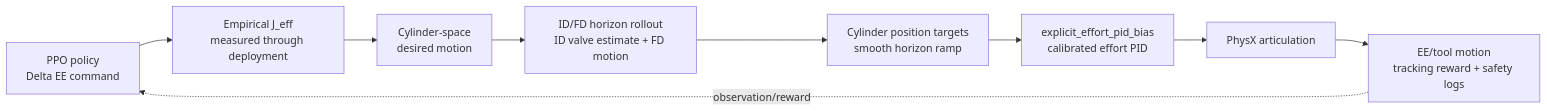
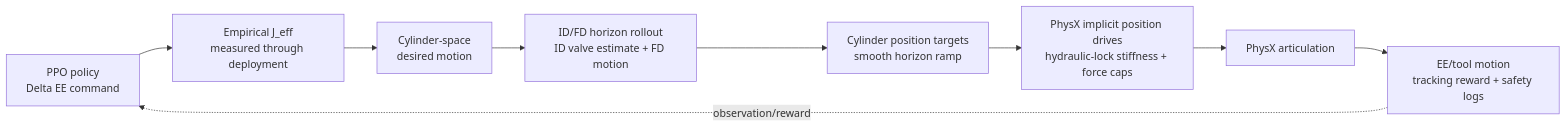
Before and after one commit to kevm98/mulag_development: the diagram in kevin_integration/new_observations_pipeline/docs/control_pipeline.mmd, drawn with Mermaid. The commit also changed 107 other files, not shown here.

```diff
--- a/kevin_integration/new_observations_pipeline/docs/control_pipeline.mmd
+++ b/kevin_integration/new_observations_pipeline/docs/control_pipeline.mmd
@@ -1,18 +1,18 @@
 flowchart LR
     PPO["PPO policy\nDelta EE command"]
     JEFF["Empirical J_eff\nmeasured through deployment"]
     DES["Cylinder-space\ndesired motion"]
     IDFD["ID/FD horizon rollout\nID valve estimate + FD motion"]
     TARGETS["Cylinder position targets\nsmooth horizon ramp"]
-    PID["explicit_effort_pid_bias\ncalibrated effort PID"]
+    DRIVE["PhysX implicit position drives\nhydraulic-lock stiffness + force caps"]
     PHYSX["PhysX articulation"]
     EE["EE/tool motion\ntracking reward + safety logs"]
 
     PPO --> JEFF
     JEFF --> DES
     DES --> IDFD
     IDFD --> TARGETS
-    TARGETS --> PID
-    PID --> PHYSX
+    TARGETS --> DRIVE
+    DRIVE --> PHYSX
     PHYSX --> EE
     EE -. observation/reward .-> PPO
```
